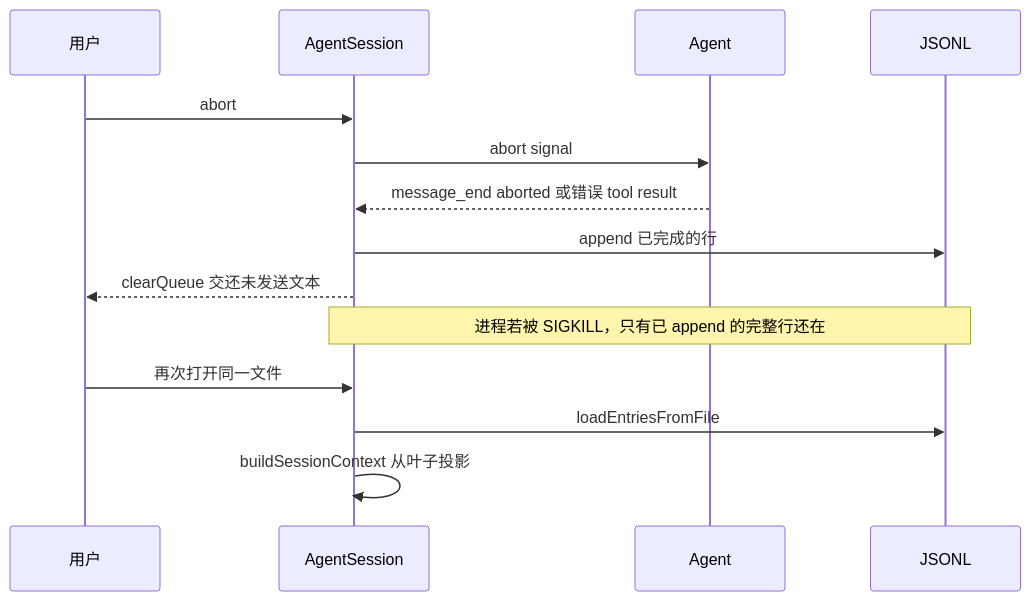
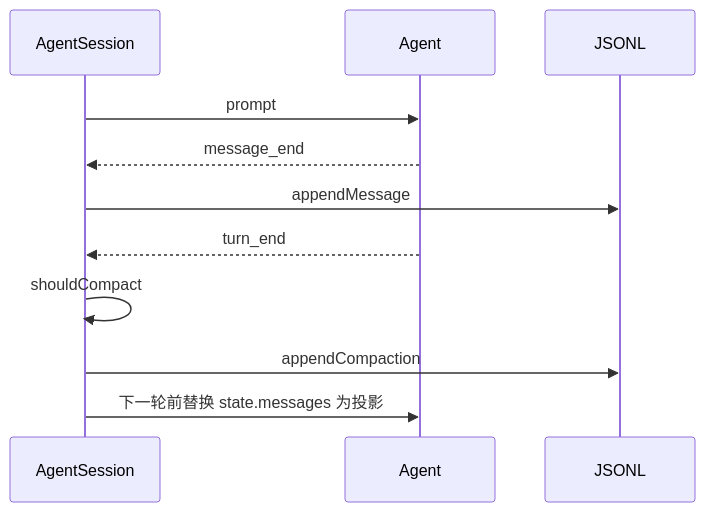
One commit to LosAveRoad/interview-prep changed the diagram in docs/pi-agent/compaction-resume.md. Above: the diagram before and after it, drawn with Mermaid. The commit also changed other lines of this file and 15 other files, not shown here.

````diff
--- a/docs/pi-agent/compaction-resume.md
+++ b/docs/pi-agent/compaction-resume.md
@@ -164,16 +67,13 @@
 ```mermaid
 sequenceDiagram
-  participant U as 用户
   participant S as AgentSession
   participant A as Agent
   participant F as JSONL
-  U->>S: abort
-  S->>A: abort signal
-  A-->>S: message_end aborted 或错误 tool result
-  S->>F: append 已完成的行
-  S-->>U: clearQueue 交还未发送文本
-  Note over S,F: 进程若被 SIGKILL，只有已 append 的完整行还在
-  U->>S: 再次打开同一文件
-  S->>F: loadEntriesFromFile
-  S->>S: buildSessionContext 从叶子投影
+  S->>A: prompt
+  A-->>S: message_end
+  S->>F: appendMessage
+  A-->>S: turn_end
+  S->>S: shouldCompact
+  S->>F: appendCompaction
+  S->>A: 下一轮前替换 state.messages 为投影
 ```
````
